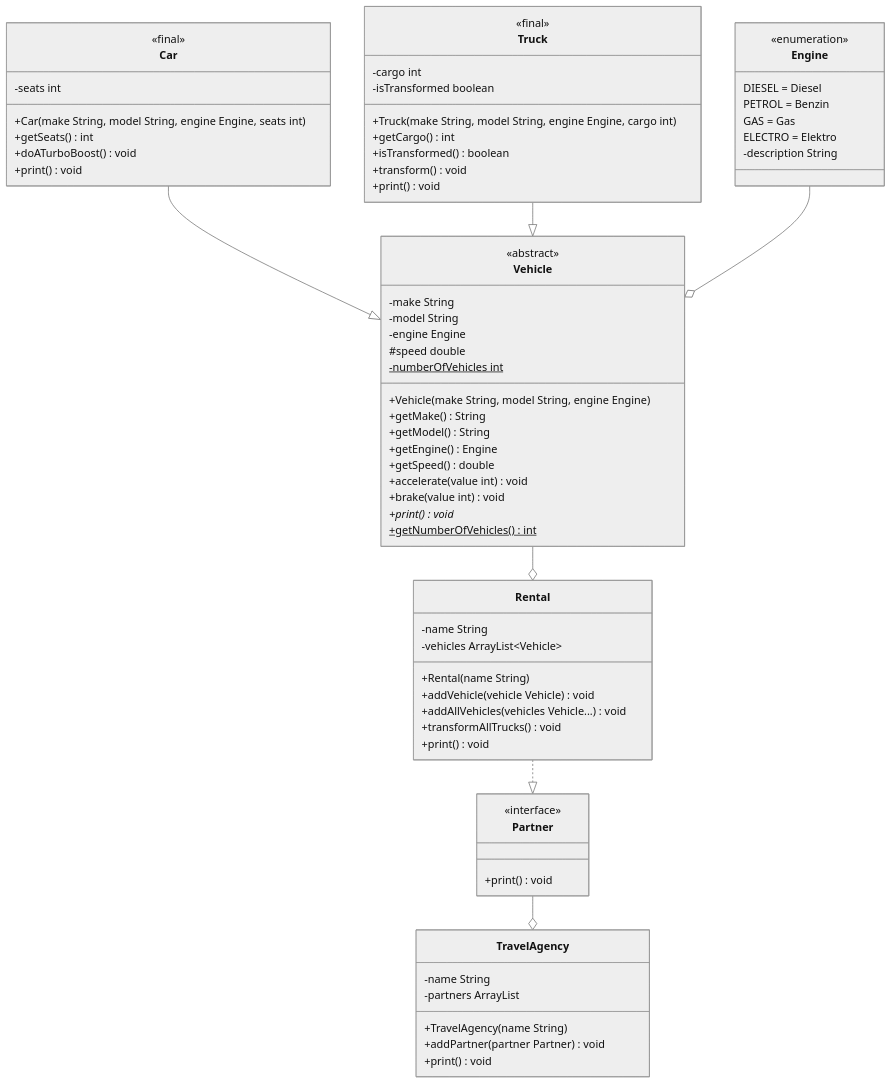
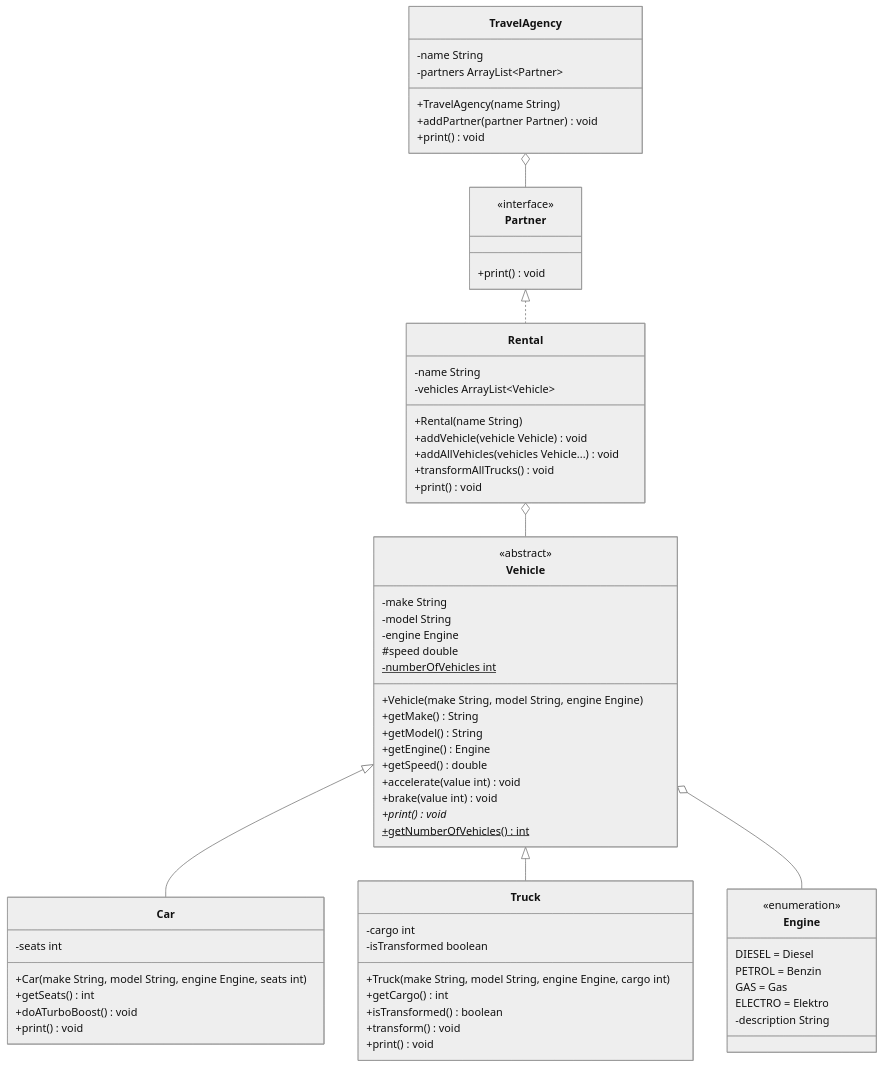
One commit to jappuccini/java-docs changed the diagram in docs/exercises/interfaces/interfaces01.md. Above: the diagram before and after it, drawn with Mermaid (neutral theme).

````diff
--- a/docs/exercises/interfaces/interfaces01.md
+++ b/docs/exercises/interfaces/interfaces01.md
@@ -18,79 +18,77 @@
 ```mermaid
 classDiagram
-    Car --|> Vehicle
-    Truck --|> Vehicle
-    Engine --o Vehicle
-    Vehicle --o Rental
-    Rental ..|> Partner
-    Partner --o TravelAgency
+     Vehicle <|-- Car
+     Vehicle <|-- Truck
+     Vehicle o-- Engine
+     Rental o-- Vehicle
+     Partner <|.. Rental
+     TravelAgency o-- Partner
 
     class Vehicle {
         <<abstract>>
         -make String
         -model String
         -engine Engine
         #speed double
         -numberOfVehicles int$
         +Vehicle(make String, model String, engine Engine)
         +getMake() String
         +getModel() String
         +getEngine() Engine
         +getSpeed() double
         +accelerate(value int) void
         +brake(value int) void
         +print()* void
-        +getNumberOfVehicles() int$
+        +getNumberOfVehicles()$ int
     }
 
     class Engine {
         <<enumeration>>
         DIESEL = Diesel
         PETROL = Benzin
         GAS = Gas
         ELECTRO = Elektro
         -description String
     }
 
     class Car {
-        <<final>>
         -seats int
         +Car(make String, model String, engine Engine, seats int)
         +getSeats() int
         +doATurboBoost() void
         +print() void
     }
 
     class Truck {
-        <<final>>
         -cargo int
         -isTransformed boolean
         +Truck(make String, model String, engine Engine, cargo int)
         +getCargo() int
         +isTransformed() boolean
         +transform() void
         +print() void
     }
 
     class Rental {
         -name String
         -vehicles ArrayList~Vehicle~
         +Rental(name String)
         +addVehicle(vehicle Vehicle) void
         +addAllVehicles(vehicles Vehicle...) void
         +transformAllTrucks() void
         +print() void
     }
 
     class Partner {
         <<interface>>
         +print() void
     }
 
     class TravelAgency {
         -name String
-        -partners ArrayList<Partner>
+        -partners ArrayList~Partner~
         +TravelAgency(name String)
         +addPartner(partner Partner) void
         +print() void
     }
 ```
````
